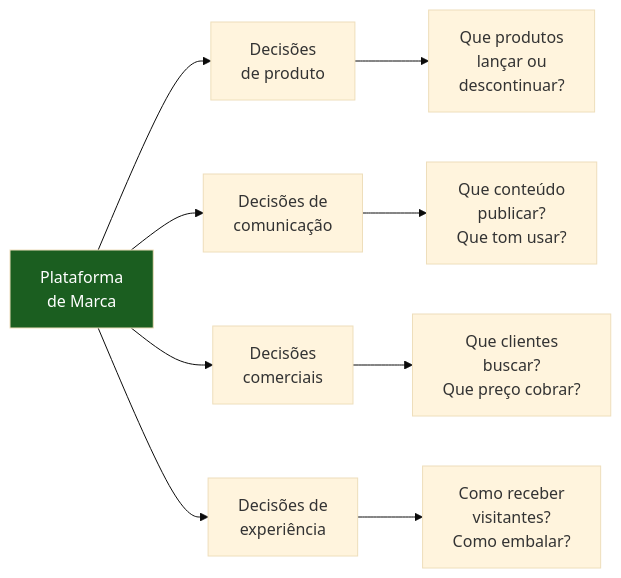
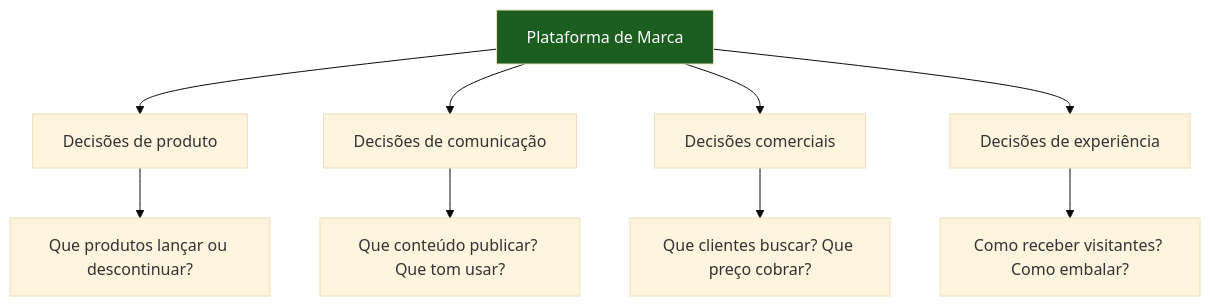
One commit to ldvsantos/cv changed the third of 3 diagrams in books/branding-agro/capitulos/13-plataforma-marca.qmd. Above: the diagram before and after it, drawn with Mermaid (base theme). The commit also changed 20 other files, not shown here.

First line of the commit message:
fix: diagramas LR->TB + exemplos visuais de diferenciacao

````diff
--- a/books/branding-agro/capitulos/13-plataforma-marca.qmd
+++ b/books/branding-agro/capitulos/13-plataforma-marca.qmd
@@ -250,16 +250,16 @@
 ```{mermaid}
 %%| label: fig-aplicacao
 %%| fig-cap: "Da plataforma de marca à ação cotidiana"
-flowchart LR
-    PL["Plataforma<br/>de Marca"] --> D1["Decisões<br/>de produto"]
-    PL --> D2["Decisões de<br/>comunicação"]
-    PL --> D3["Decisões<br/>comerciais"]
-    PL --> D4["Decisões de<br/>experiência"]
+flowchart TB
+    PL["Plataforma de Marca"] --> D1["Decisões de produto"]
+    PL --> D2["Decisões de comunicação"]
+    PL --> D3["Decisões comerciais"]
+    PL --> D4["Decisões de experiência"]
     
-    D1 --> E1["Que produtos<br/>lançar ou<br/>descontinuar?"]
-    D2 --> E2["Que conteúdo<br/>publicar?<br/>Que tom usar?"]
-    D3 --> E3["Que clientes<br/>buscar?<br/>Que preço cobrar?"]
-    D4 --> E4["Como receber<br/>visitantes?<br/>Como embalar?"]
+    D1 --> E1["Que produtos lançar ou descontinuar?"]
+    D2 --> E2["Que conteúdo publicar? Que tom usar?"]
+    D3 --> E3["Que clientes buscar? Que preço cobrar?"]
+    D4 --> E4["Como receber visitantes? Como embalar?"]
     
     style PL fill:#1b5e20,color:#fff
 ```
````
